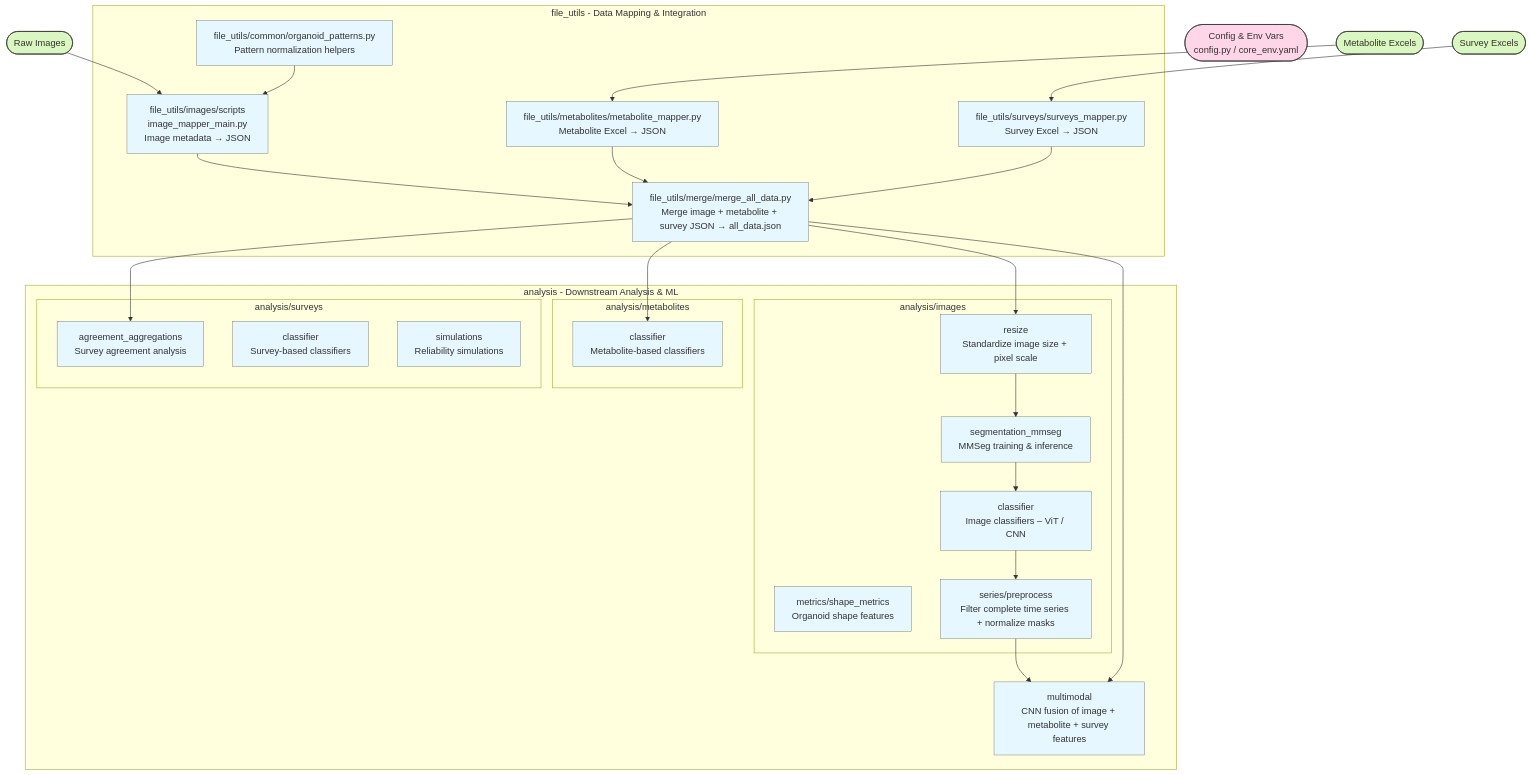
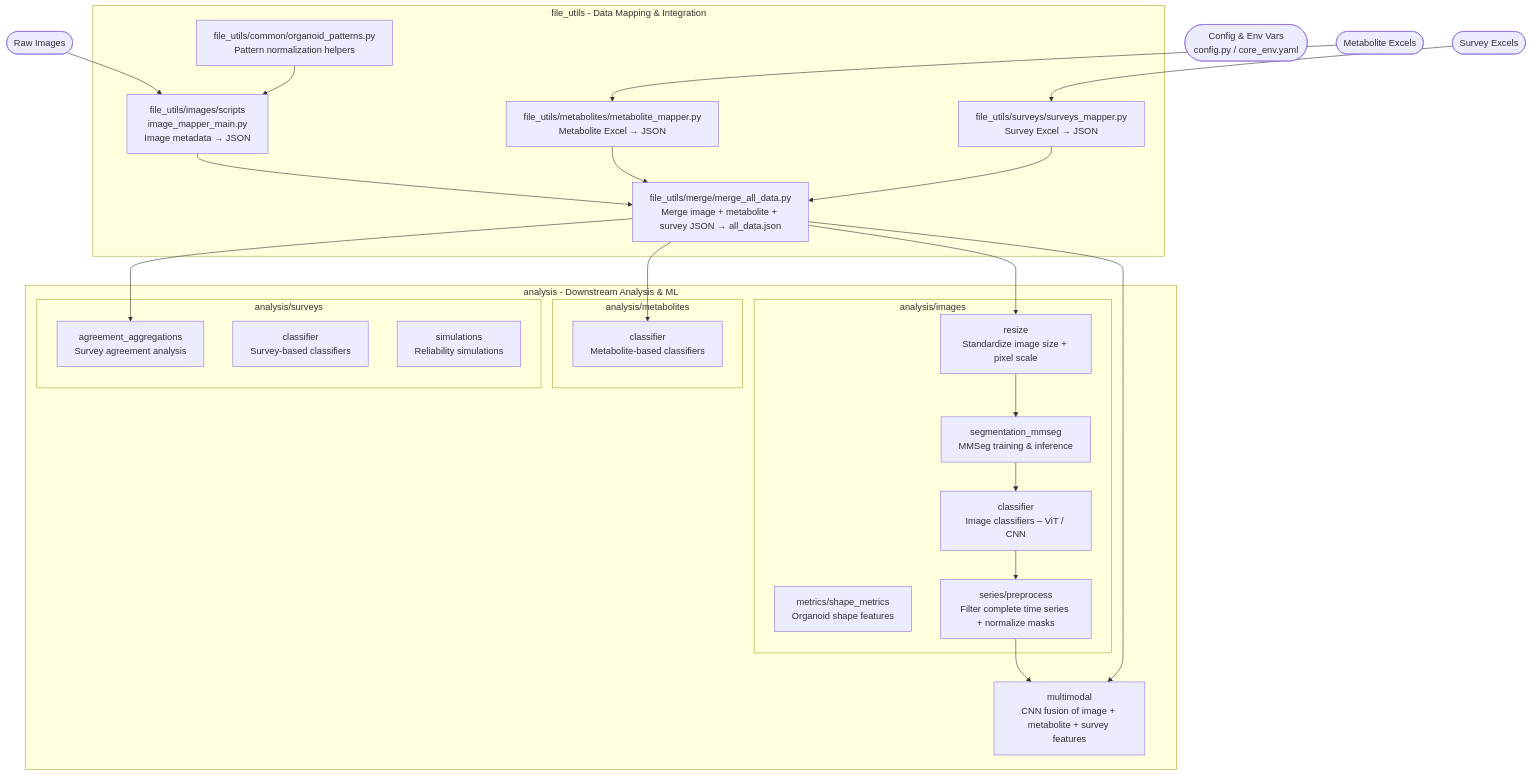
The diagram in README.md (dsi-clinic/2025-promega-mini-test), drawn with Mermaid before and after one commit.

Commit message:
fix readme color

````diff
--- a/README.md
+++ b/README.md
@@ -7,66 +7,60 @@
 ```mermaid
 flowchart TD
     %% ========= INPUT STAGE ========= %%
     A1([Raw Images]):::input
     A2([Metabolite Excels]):::input
     A3([Survey Excels]):::input
     A4([Config & Env Vars<br/>config.py / core_env.yaml]):::config
 
     %% ========= FILE_UTILS PROCESSING ========= %%
     subgraph B[file_utils - Data Mapping & Integration]
         B1[file_utils/images/scripts<br/>image_mapper_main.py\nImage metadata → JSON]
         B1b[file_utils/common/organoid_patterns.py\nPattern normalization helpers]
         B2[file_utils/metabolites/metabolite_mapper.py\nMetabolite Excel → JSON]
         B3[file_utils/surveys/surveys_mapper.py\nSurvey Excel → JSON]
         B4[file_utils/merge/merge_all_data.py\nMerge image + metabolite + survey JSON → all_data.json]
     end
 
     %% ========= ANALYSIS PIPELINE ========= %%
     subgraph C[analysis - Downstream Analysis & ML]
         subgraph C1[analysis/images]
             C11[resize\nStandardize image size + pixel scale]
             C12[metrics/shape_metrics\nOrganoid shape features]
             C13[segmentation_mmseg\nMMSeg training & inference]
             C14[classifier\nImage classifiers – ViT / CNN]
             C15[series/preprocess\nFilter complete time series + normalize masks]
         end
 
         subgraph C2[analysis/metabolites]
             C21[classifier\nMetabolite-based classifiers]
         end
 
         subgraph C3[analysis/surveys]
             C31[agreement_aggregations\nSurvey agreement analysis]
             C32[classifier\nSurvey-based classifiers]
             C33[simulations\nReliability simulations]
         end
 
         C4[multimodal\nCNN fusion of image + metabolite + survey features]
     end
 
     %% ========= DATA FLOW ========= %%
     A1 --> B1
     B1b --> B1
     A2 --> B2
     A3 --> B3
     B1 --> B4
     B2 --> B4
     B3 --> B4
 
     %% From merged data to analyses
     B4 --> C11
     C11 --> C13
     C13 --> C14
     C14 --> C15
     C15 --> C4
 
     B4 --> C21
     B4 --> C31
     B4 --> C4
-
-    %% ========= STYLES ========= %%
-    classDef input fill:#d9f7be,stroke:#333,stroke-width:1px;
-    classDef config fill:#ffd6e7,stroke:#333,stroke-width:1px;
-    classDef code fill:#e6f7ff,stroke:#333,stroke-width:0.5px;
-    class B1,B1b,B2,B3,B4,C11,C12,C13,C14,C15,C21,C31,C32,C33,C4 code;
 ```
````
